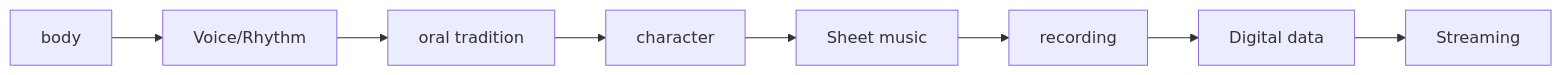
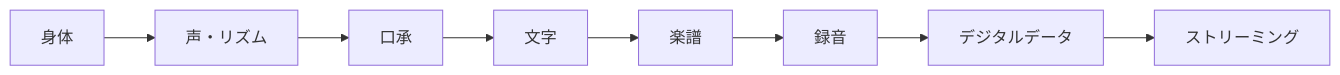
The second of 3 diagrams in en/_posts/2026-08-10-column-why-humans-invented-music-before-writing-part4.md (monumental-movement/monumental-movement.github.io), drawn with Mermaid before and after one commit. The commit also changed other lines of this file and 2196 other files, not shown here.

```diff
--- a/en/_posts/2026-08-10-column-why-humans-invented-music-before-writing-part4.md
+++ b/en/_posts/2026-08-10-column-why-humans-invented-music-before-writing-part4.md
@@ -1580,10 +1580,10 @@
 <div class="mermaid">
 flowchart LR
-    A["body"] --> B["Voice/Rhythm"]
-    B --> C["oral tradition"]
-    C --> D["character"]
-    D --> E["Sheet music"]
-    E --> F["recording"]
-    F --> G["Digital data"]
-    G --> H["Streaming"]
+    A["身体"] --> B["声・リズム"]
+    B --> C["口承"]
+    C --> D["文字"]
+    D --> E["楽譜"]
+    E --> F["録音"]
+    F --> G["デジタルデータ"]
+    G --> H["ストリーミング"]
 </div>
```
